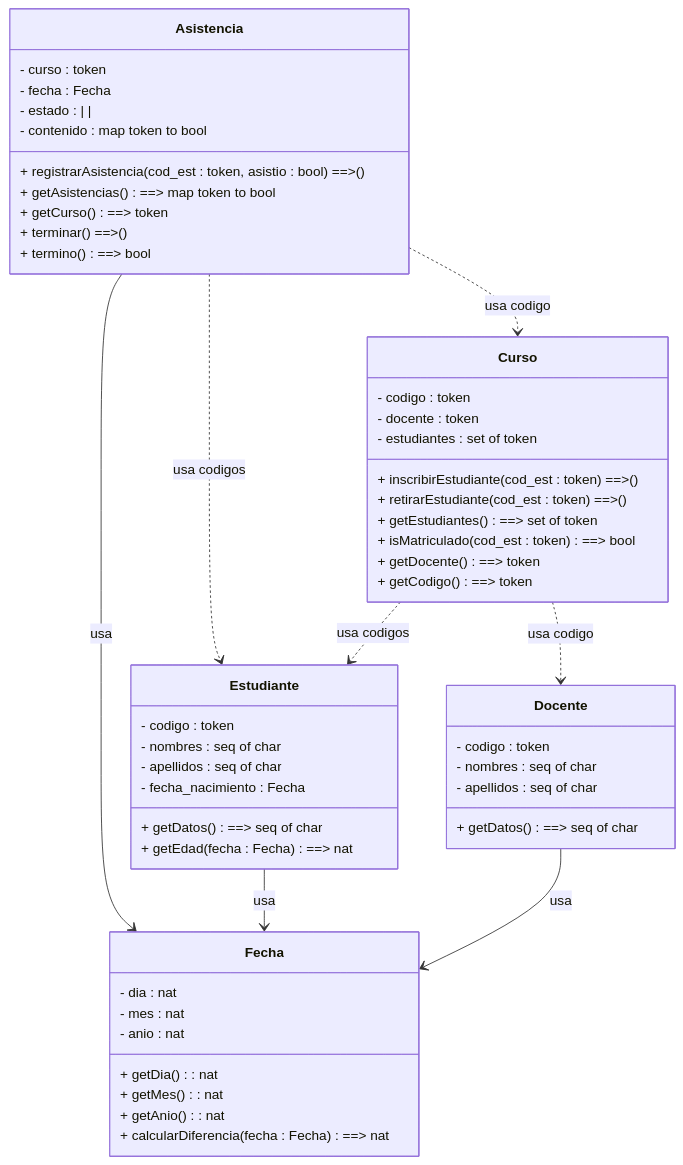
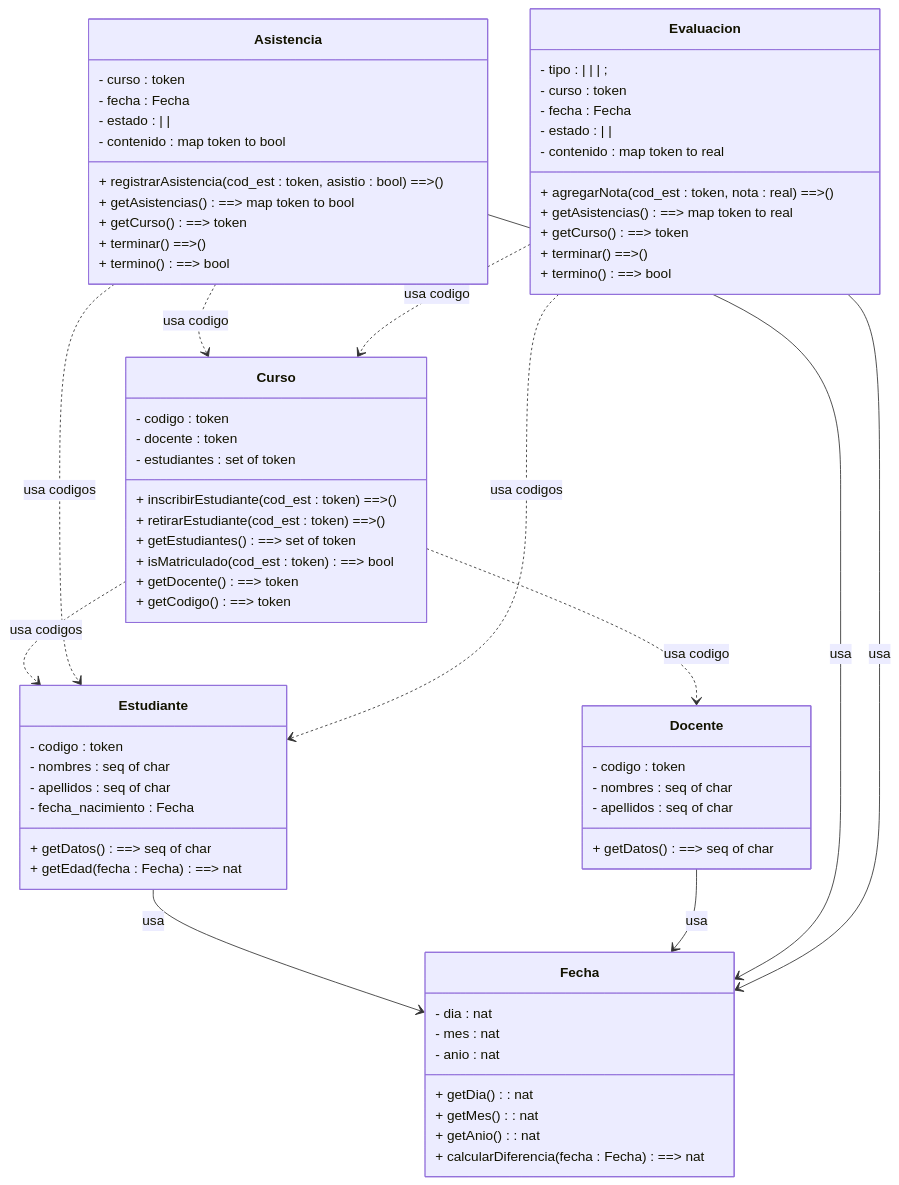
One commit to joeCuadros/Sistema_monitoreo changed the diagram in VDM++/readme.md. Above: the diagram before and after it, drawn with Mermaid.

Commit message:
doc: agregar al grafico la clase Evaluacion

````diff
--- a/VDM++/readme.md
+++ b/VDM++/readme.md
@@ -32,60 +32,76 @@
 ```mermaid
 classDiagram
 class Fecha {
     - dia : nat
     - mes : nat
     - anio : nat
     + getDia() : nat
     + getMes() : nat
     + getAnio() : nat
     + calcularDiferencia(fecha : Fecha) ==> nat
 }
 
 class Estudiante {
     - codigo : token
     - nombres : seq of char
     - apellidos : seq of char
     - fecha_nacimiento : Fecha
     + getDatos() ==> seq of char
     + getEdad(fecha : Fecha) ==> nat
 }
 
 class Docente {
     - codigo : token
     - nombres : seq of char
     - apellidos : seq of char
     + getDatos() ==> seq of char
 }
 
 class Curso {
     - codigo : token
     - docente : token
     - estudiantes : set of token
     + inscribirEstudiante(cod_est : token) ==> ()
     + retirarEstudiante(cod_est : token) ==> ()
     + getEstudiantes() ==> set of token
     + isMatriculado(cod_est : token) ==> bool
     + getDocente() ==> token
     + getCodigo() ==> token
 }
 
 class Asistencia {
     - curso : token
     - fecha : Fecha
     - estado : <Creado> | <Proceso> | <Finalizado>
     - contenido : map token to bool
     + registrarAsistencia(cod_est : token, asistio : bool) ==> ()
     + getAsistencias() ==> map token to bool
     + getCurso() ==> token
     + terminar() ==> ()
     + termino() ==> bool
 }
 
+class Evaluacion {
+    - tipo : <Examen> | <Practica> | <Tarea> | <Proyecto>;
+    - curso : token
+    - fecha : Fecha
+    - estado : <Creado> | <Proceso> | <Finalizado>
+    - contenido : map token to real
+    + agregarNota(cod_est : token, nota : real) ==> ()
+    + getAsistencias() ==> map token to real
+    + getCurso() ==> token
+    + terminar() ==> ()
+    + termino() ==> bool
+}
+
 Estudiante --> Fecha : usa
 Docente --> Fecha : usa
 Curso ..> Estudiante : usa codigos
 Curso ..> Docente : usa codigo
 Asistencia --> Fecha : usa
 Asistencia ..> Estudiante : usa codigos
 Asistencia ..> Curso : usa codigo
+Evaluacion --> Fecha : usa
+Evaluacion ..> Estudiante : usa codigos
+Evaluacion ..> Curso : usa codigo
 ```
````
